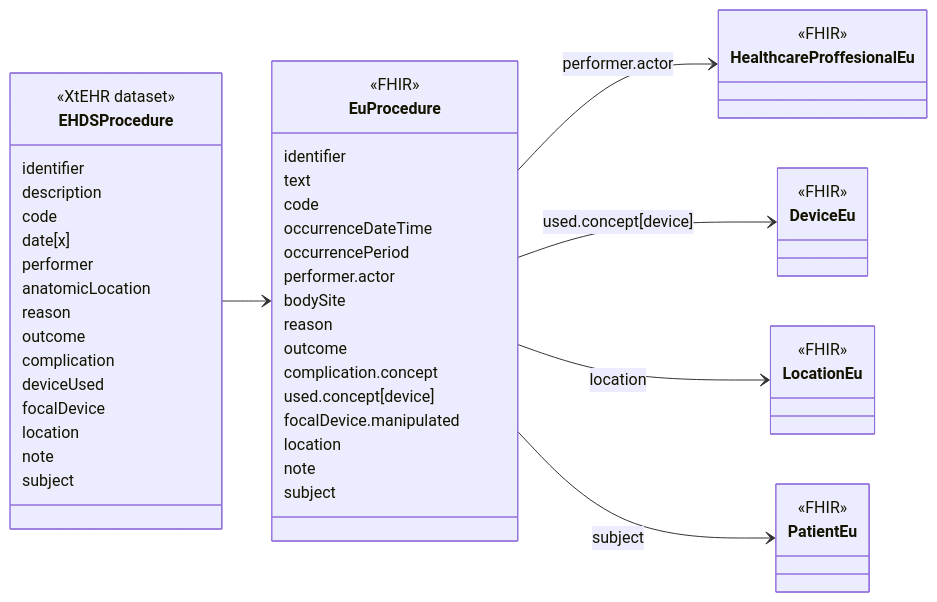
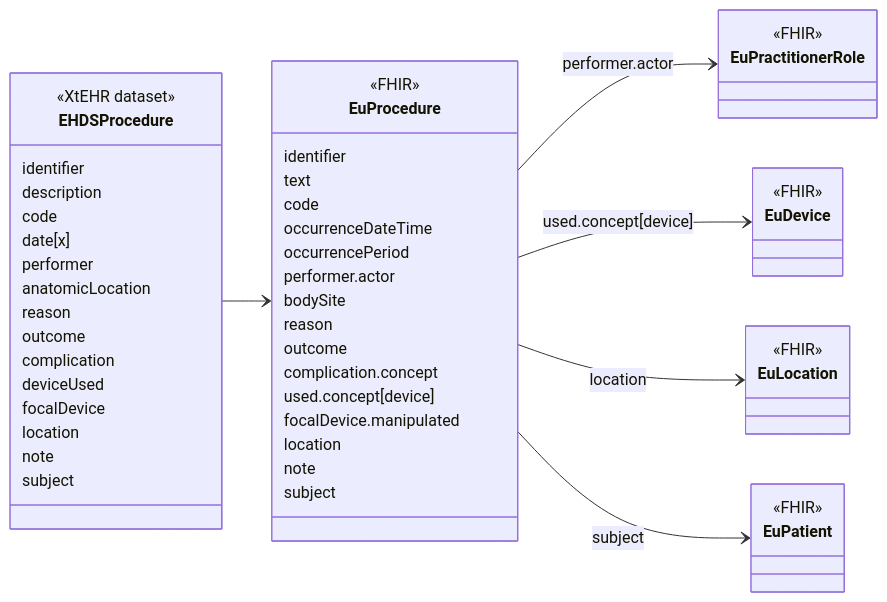
The diagram in input/intro-notes/ConceptMap-EHDSProcedureMap-intro.md (oijauregui/ehdsimaging), drawn with Mermaid before and after one commit. The commit also changed 25 other files, not shown here.

````diff
--- a/input/intro-notes/ConceptMap-EHDSProcedureMap-intro.md
+++ b/input/intro-notes/ConceptMap-EHDSProcedureMap-intro.md
@@ -5,58 +5,58 @@
 ```mermaid
 classDiagram
 direction LR
 class EHDSProcedure {
   <<XtEHR dataset>>
   identifier
   description
   code
   date[x]
   performer
   anatomicLocation
   reason
   outcome
   complication
   deviceUsed
   focalDevice
   location
   note
   subject
 }
 link EHDSProcedure "https://build.fhir.org/ig/Xt-EHR/xt-ehr-common/StructureDefinition-EHDSProcedure.html"
 class EuProcedure{
   <<FHIR>>
   identifier
   text
   code
   occurrenceDateTime
   occurrencePeriod
   performer.actor
   bodySite
   reason
   outcome
   complication.concept
   used.concept[device]
   focalDevice.manipulated
   location
   note
   subject
 }
 
-class HealthcareProffesionalEu {
+class EuPractitionerRole {
   <<FHIR>>
 }
-class DeviceEu {
+class EuDevice {
   <<FHIR>>
 }
-class LocationEu {
+class EuLocation {
   <<FHIR>>
 }
-class PatientEu {
+class EuPatient {
   <<FHIR>>
 }
 EHDSProcedure --> EuProcedure
-EuProcedure --> HealthcareProffesionalEu : performer.actor
-EuProcedure --> DeviceEu : used.concept[device]
-EuProcedure --> LocationEu : location
-EuProcedure --> PatientEu : subject
+EuProcedure --> EuPractitionerRole : performer.actor
+EuProcedure --> EuDevice : used.concept[device]
+EuProcedure --> EuLocation : location
+EuProcedure --> EuPatient : subject
 ```
````
